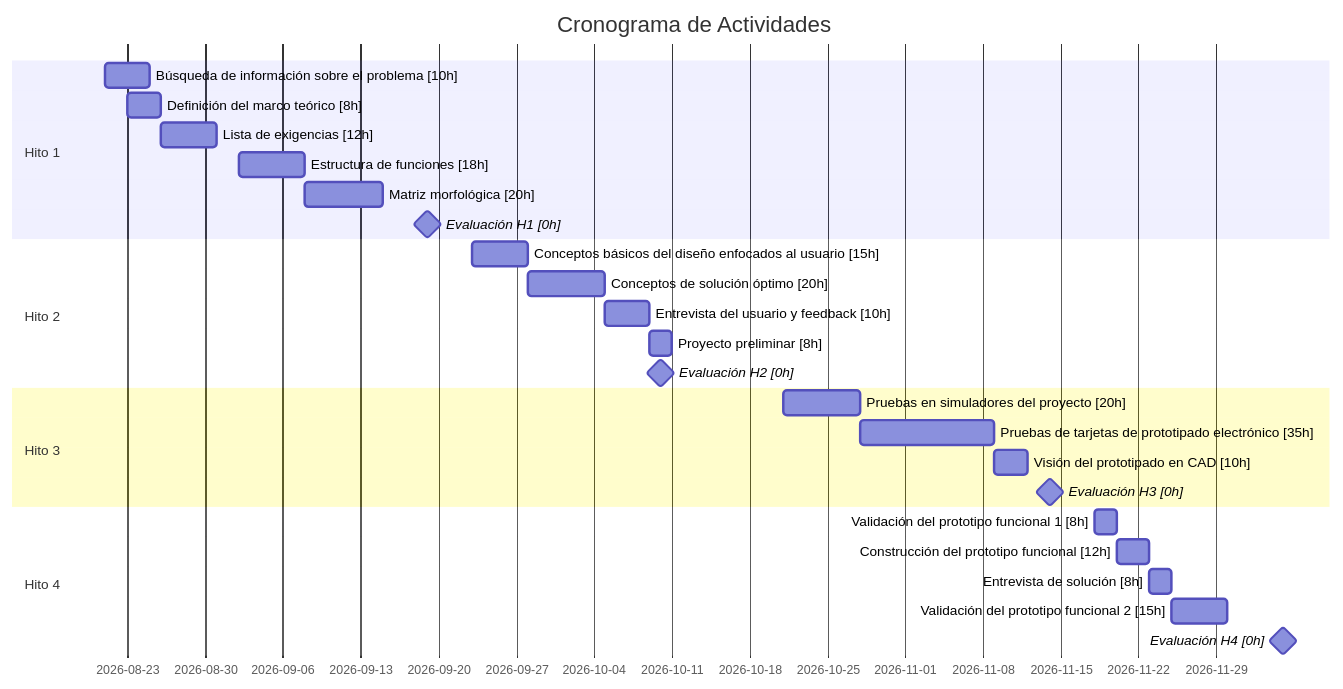
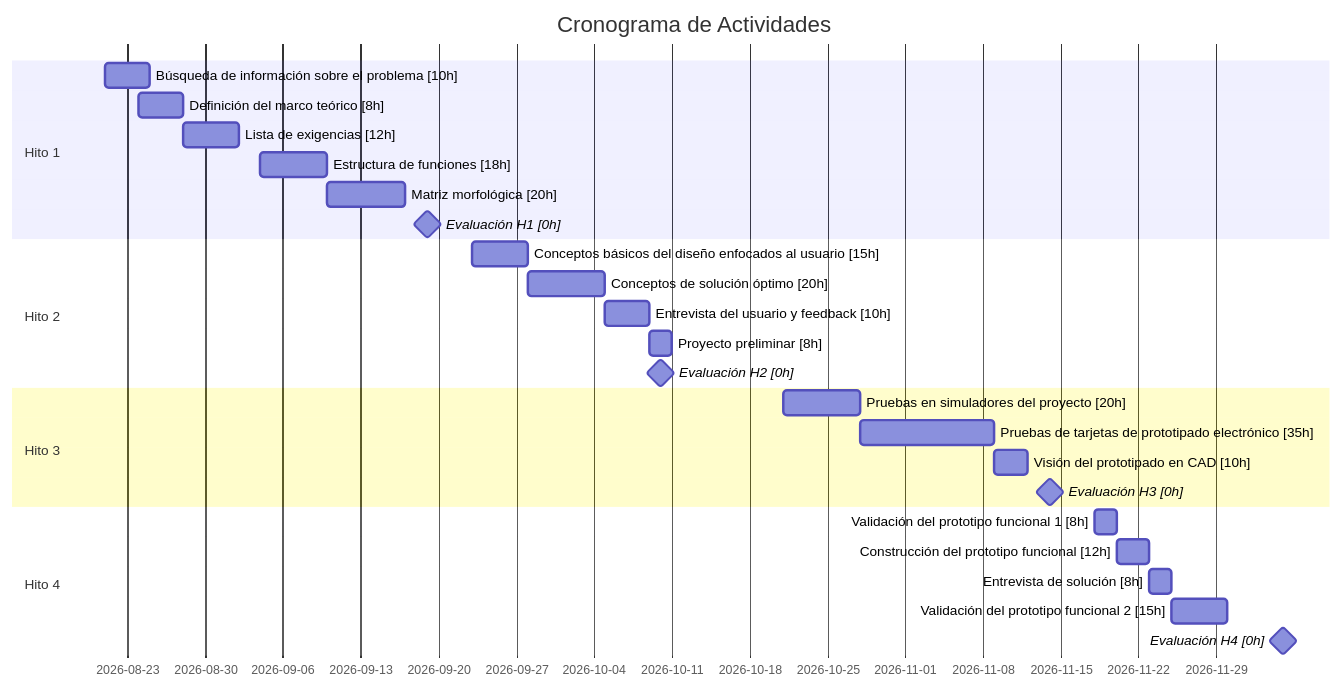
One commit to adriiit/PBDI_G1 changed the diagram in Hito 1/gantt_.md. Above: the diagram before and after it, drawn with Mermaid.

````diff
--- a/Hito 1/gantt_.md
+++ b/Hito 1/gantt_.md
@@ -2,33 +2,33 @@
 ```mermaid
 gantt
     dateFormat  YYYY-MM-DD
     title Cronograma de Actividades
 
     section Hito 1
     Búsqueda de información sobre el problema [10h]      :a1, 2026-08-21, 4d
-    Definición del marco teórico [8h]                    :a2, 2026-08-23, 3d
-    Lista de exigencias [12h]                            :a3, 2026-08-26, 5d
-    Estructura de funciones [18h]                        :a4, 2026-09-2, 6d
+    Definición del marco teórico [8h]                    :a2, 2026-08-24, 4d
+    Lista de exigencias [12h]                            :a3, 2026-08-28, 5d
+    Estructura de funciones [18h]                        :a4, 2026-09-4, 6d
     Matriz morfológica [20h]                             :a5, after a4, 7d
     Evaluación H1 [0h]                                   :milestone, h1, 2026-09-19, 0d
 
     section Hito 2
     Conceptos básicos del diseño enfocados al usuario [15h] :b1, 2026-09-23, 5d
     Conceptos de solución óptimo [20h]                   :b2, after b1, 7d
     Entrevista del usuario y feedback [10h]              :b3, after b2, 4d
     Proyecto preliminar [8h]                             :b4, after b3, 2d
     Evaluación H2 [0h]                                   :milestone, h2, 2026-10-10, 0d
 
     section Hito 3
     Pruebas en simuladores del proyecto [20h]            :c1, 2026-10-21, 7d
     Pruebas de tarjetas de prototipado electrónico [35h] :c2, after c1, 12d
     Visión del prototipado en CAD [10h]                  :c3, after c2, 3d
     Evaluación H3 [0h]                                   :milestone, h3, 2026-11-14, 0d
 
     section Hito 4
     Validación del prototipo funcional 1 [8h]            :d1, 2026-11-18, 2d
     Construcción del prototipo funcional [12h]           :d2, after d1, 3d
     Entrevista de solución [8h]                          :d3, after d2, 2d
     Validación del prototipo funcional 2 [15h]           :d4, after d3, 5d
     Evaluación H4 [0h]                                   :milestone, h4, 2026-12-05, 0d
 ```
````
